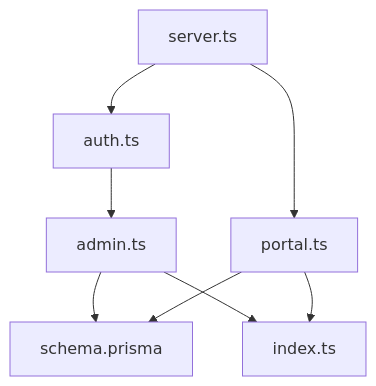
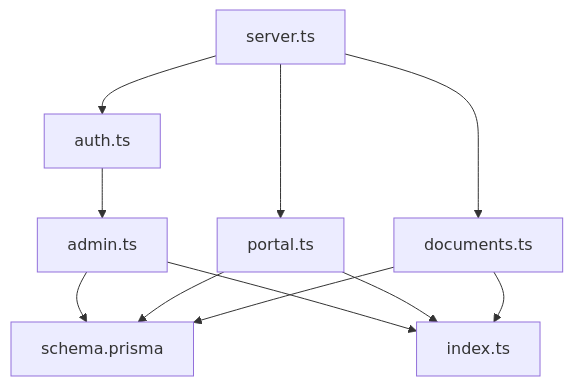
The tenth of 11 diagrams in .qoder/repowiki/en/content/Control Plane API/Control Plane API.md (askchiwa-spec/FLOW-HQ-BOT), drawn with Mermaid before and after one commit. The commit also changed other lines of this file and 27 other files, not shown here.

````diff
--- a/.qoder/repowiki/en/content/Control Plane API/Control Plane API.md
+++ b/.qoder/repowiki/en/content/Control Plane API/Control Plane API.md
@@ -307,16 +391,20 @@
 ```mermaid
 graph TB
 CP_Server["server.ts"]
 CP_AdminMW["auth.ts"]
 CP_AdminRoutes["admin.ts"]
 CP_PortalRoutes["portal.ts"]
+CP_DocRoutes["documents.ts"]
 Shared_Schema["schema.prisma"]
 Shared_Types["index.ts"]
 CP_Server --> CP_AdminMW
 CP_AdminMW --> CP_AdminRoutes
 CP_Server --> CP_PortalRoutes
+CP_Server --> CP_DocRoutes
 CP_AdminRoutes --> Shared_Schema
 CP_PortalRoutes --> Shared_Schema
+CP_DocRoutes --> Shared_Schema
 CP_AdminRoutes --> Shared_Types
 CP_PortalRoutes --> Shared_Types
+CP_DocRoutes --> Shared_Types
 ```
````
